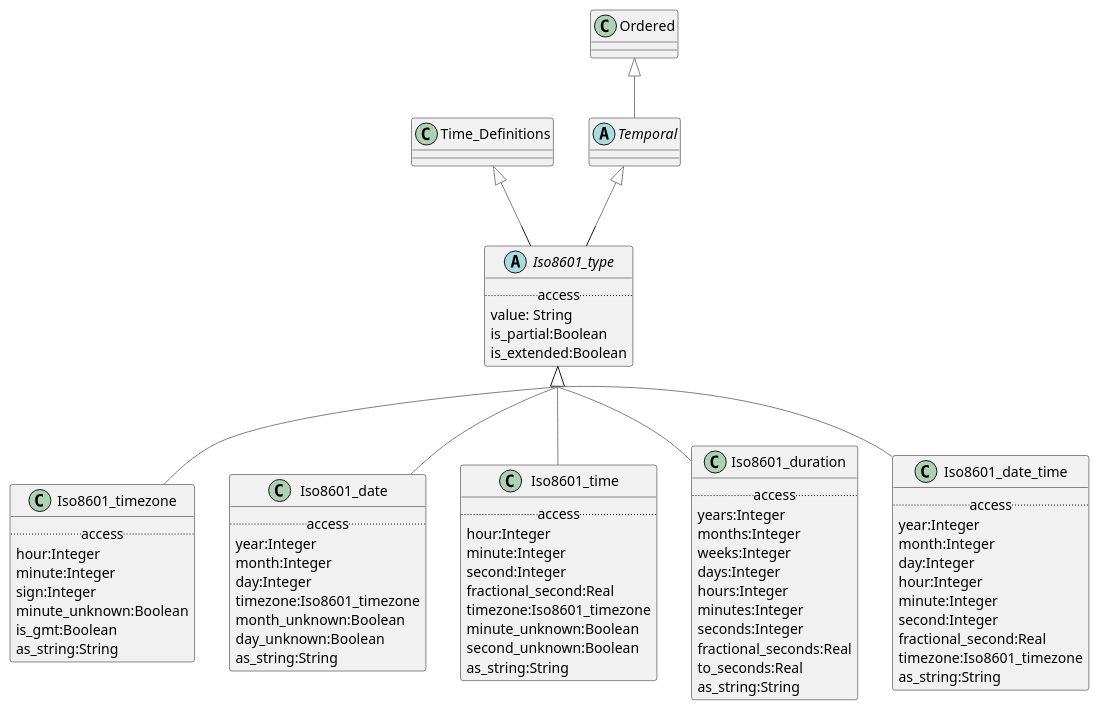
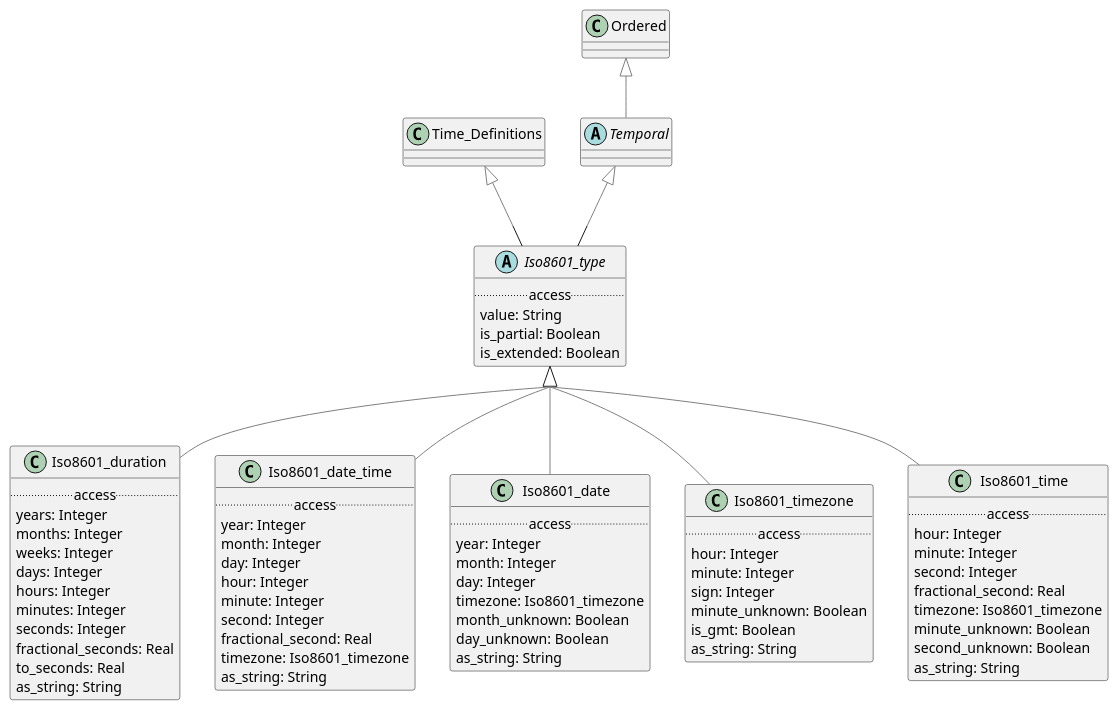
One commit to wolandscat/openehr-doc changed the diagram in modules/ROOT/examples/bmm/representation/builtin_types/time/time-package-uml.adoc. Above: the diagram before and after it, drawn with PlantUML. The commit also changed 293 other files, not shown here.

Commit message:
Regen with tweaks to UML output and correct metatypes for nested generics.

```diff
--- a/modules/ROOT/examples/bmm/representation/builtin_types/time/time-package-uml.adoc
+++ b/modules/ROOT/examples/bmm/representation/builtin_types/time/time-package-uml.adoc
@@ -6,31 +6,77 @@
 skinparam citedClassColor #FDFDFD
 
 
+class Iso8601_duration [[/openehr-doc/latest/representation/builtin_types-gen.html#_class_iso8601_duration]] {
+        .. access ..
+        years: Integer
+        months: Integer
+        weeks: Integer
+        days: Integer
+        hours: Integer
+        minutes: Integer
+        seconds: Integer
+        fractional_seconds: Real
+        to_seconds: Real
+        as_string: String
+}
+
+Iso8601_duration -[#gray]up-|> Iso8601_type  
+
+
+class Iso8601_date_time [[/openehr-doc/latest/representation/builtin_types-gen.html#_class_iso8601_date_time]] {
+        .. access ..
+        year: Integer
+        month: Integer
+        day: Integer
+        hour: Integer
+        minute: Integer
+        second: Integer
+        fractional_second: Real
+        timezone: Iso8601_timezone
+        as_string: String
+}
+
+Iso8601_date_time -[#gray]up-|> Iso8601_type  
+
+
+class Iso8601_date [[/openehr-doc/latest/representation/builtin_types-gen.html#_class_iso8601_date]] {
+        .. access ..
+        year: Integer
+        month: Integer
+        day: Integer
+        timezone: Iso8601_timezone
+        month_unknown: Boolean
+        day_unknown: Boolean
+        as_string: String
+}
+
+Iso8601_date -[#gray]up-|> Iso8601_type  
+
+
 class Iso8601_timezone [[/openehr-doc/latest/representation/builtin_types-gen.html#_class_iso8601_timezone]] {
         .. access ..
-        hour:Integer
-        minute:Integer
-        sign:Integer
-        minute_unknown:Boolean
-        is_gmt:Boolean
-        as_string:String
+        hour: Integer
+        minute: Integer
+        sign: Integer
+        minute_unknown: Boolean
+        is_gmt: Boolean
+        as_string: String
 }
 
 Iso8601_timezone -[#gray]up-|> Iso8601_type  
 
 
-class Iso8601_date [[/openehr-doc/latest/representation/builtin_types-gen.html#_class_iso8601_date]] {
+abstract class Iso8601_type [[/openehr-doc/latest/representation/builtin_types-gen.html#_class_iso8601_type]] {
         .. access ..
-        year:Integer
-        month:Integer
-        day:Integer
-        timezone:Iso8601_timezone
-        month_unknown:Boolean
-        day_unknown:Boolean
-        as_string:String
+        value: String
+        is_partial: Boolean
+        is_extended: Boolean
 }
 
-Iso8601_date -[#gray]up-|> Iso8601_type  
+Iso8601_type -[#gray]up-|> Temporal  
+
+
+Iso8601_type -[#gray]up-|> Time_Definitions  
 
 
 abstract class Temporal [[/openehr-doc/latest/representation/builtin_types-gen.html#_class_temporal]] {
@@ -41,63 +87,17 @@
 
 class Iso8601_time [[/openehr-doc/latest/representation/builtin_types-gen.html#_class_iso8601_time]] {
         .. access ..
-        hour:Integer
-        minute:Integer
-        second:Integer
-        fractional_second:Real
-        timezone:Iso8601_timezone
-        minute_unknown:Boolean
-        second_unknown:Boolean
-        as_string:String
+        hour: Integer
+        minute: Integer
+        second: Integer
+        fractional_second: Real
+        timezone: Iso8601_timezone
+        minute_unknown: Boolean
+        second_unknown: Boolean
+        as_string: String
 }
 
 Iso8601_time -[#gray]up-|> Iso8601_type  
 
 
-class Iso8601_duration [[/openehr-doc/latest/representation/builtin_types-gen.html#_class_iso8601_duration]] {
-        .. access ..
-        years:Integer
-        months:Integer
-        weeks:Integer
-        days:Integer
-        hours:Integer
-        minutes:Integer
-        seconds:Integer
-        fractional_seconds:Real
-        to_seconds:Real
-        as_string:String
-}
-
-Iso8601_duration -[#gray]up-|> Iso8601_type  
-
-
-abstract class Iso8601_type [[/openehr-doc/latest/representation/builtin_types-gen.html#_class_iso8601_type]] {
-        .. access ..
-        value: String
-        is_partial:Boolean
-        is_extended:Boolean
-}
-
-Iso8601_type -[#gray]up-|> Temporal  
-
-
-Iso8601_type -[#gray]up-|> Time_Definitions  
-
-
-class Iso8601_date_time [[/openehr-doc/latest/representation/builtin_types-gen.html#_class_iso8601_date_time]] {
-        .. access ..
-        year:Integer
-        month:Integer
-        day:Integer
-        hour:Integer
-        minute:Integer
-        second:Integer
-        fractional_second:Real
-        timezone:Iso8601_timezone
-        as_string:String
-}
-
-Iso8601_date_time -[#gray]up-|> Iso8601_type  
-
-
 ....
```
